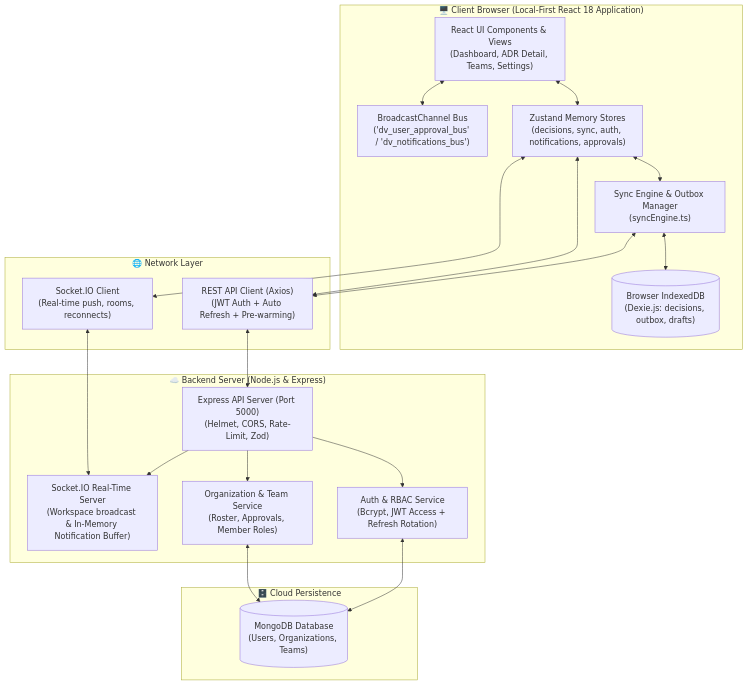
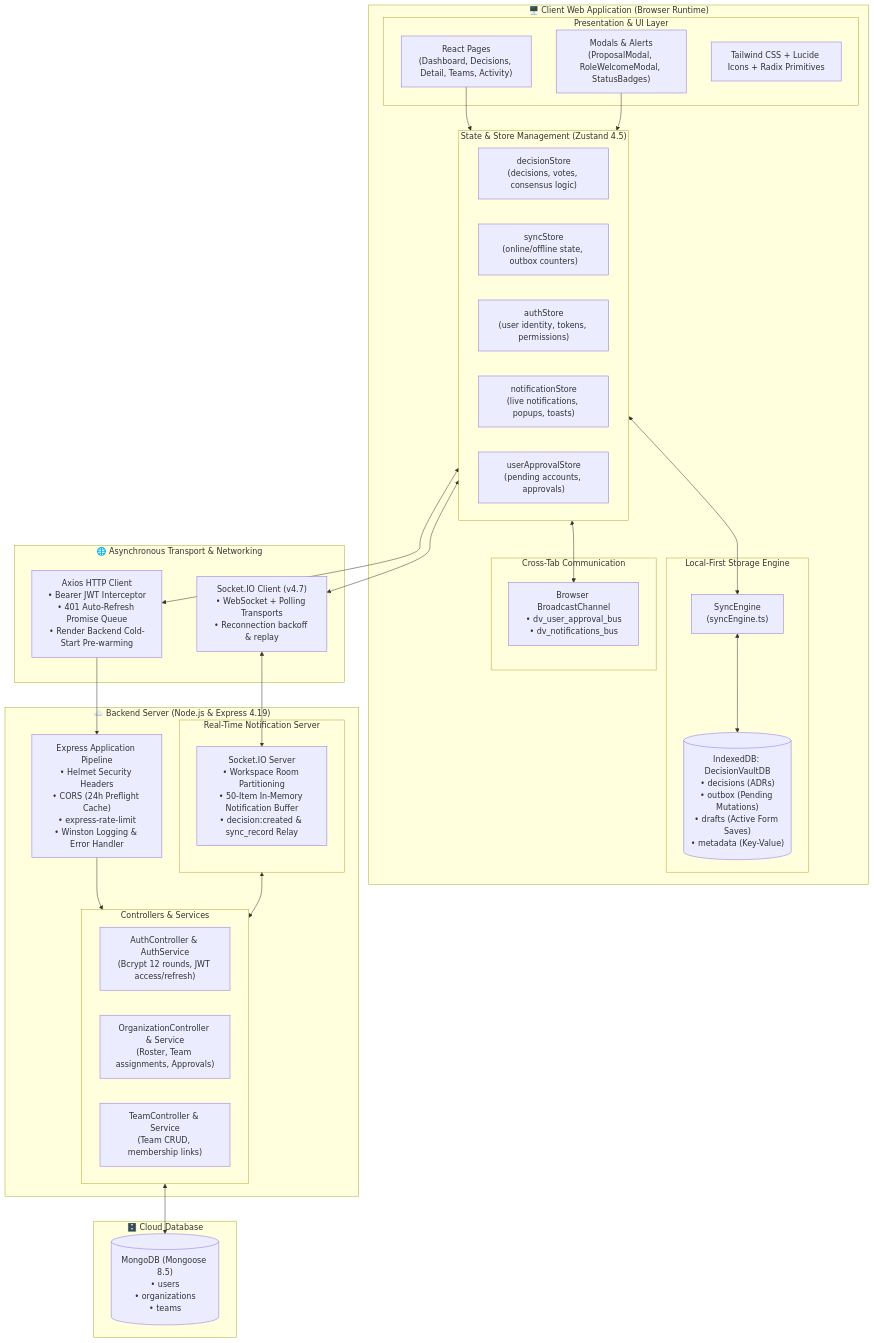
One commit to Adarsh048/DecisionVault changed the first of 2 diagrams in README.md. Above: the diagram before and after it, drawn with Mermaid. The commit also changed other lines of this file, not shown here.

Commit message:
docs: expand README with comprehensive non-tech walkthrough, complete UI feature tour, and deep architecture specs

````diff
--- a/README.md
+++ b/README.md
@@ -132,48 +239,67 @@
 ```mermaid
-flowchart TD
-    subgraph Client["🖥️ Client Browser (Local-First React 18 Application)"]
-        UI["React UI Components & Views\n(Dashboard, ADR Detail, Teams, Settings)"]
-        Zustand["Zustand Memory Stores\n(decisions, sync, auth, notifications, approvals)"]
-        SyncEngine["Sync Engine & Outbox Manager\n(syncEngine.ts)"]
-        IndexedDB[("Browser IndexedDB\n(Dexie.js: decisions, outbox, drafts)")]
-        Broadcast["BroadcastChannel Bus\n('dv_user_approval_bus' / 'dv_notifications_bus')"]
+flowchart TB
+    subgraph Browser["🖥️ Client Web Application (Browser Runtime)"]
+        subgraph Presentation["Presentation & UI Layer"]
+            Pages["React Pages\n(Dashboard, Decisions, Detail, Teams, Activity)"]
+            Modals["Modals & Alerts\n(ProposalModal, RoleWelcomeModal, StatusBadges)"]
+            ThemeEngine["Tailwind CSS + Lucide Icons + Radix Primitives"]
+        end
+
+        subgraph ClientState["State & Store Management (Zustand 4.5)"]
+            DecStore["decisionStore\n(decisions, votes, consensus logic)"]
+            SyncStore["syncStore\n(online/offline state, outbox counters)"]
+            AuthStore["authStore\n(user identity, tokens, permissions)"]
+            NotifStore["notificationStore\n(live notifications, popups, toasts)"]
+            ApprStore["userApprovalStore\n(pending accounts, approvals)"]
+        end
+
+        subgraph ClientPersistence["Local-First Storage Engine"]
+            SyncEngine["SyncEngine\n(syncEngine.ts)"]
+            DexieDB[("IndexedDB: DecisionVaultDB\n• decisions (ADRs)\n• outbox (Pending Mutations)\n• drafts (Active Form Saves)\n• metadata (Key-Value)")]
+        end
+
+        subgraph ClientBus["Cross-Tab Communication"]
+            BChannel["Browser BroadcastChannel\n• dv_user_approval_bus\n• dv_notifications_bus"]
+        end
     end
 
-    subgraph Transport["🌐 Network Layer"]
-        HTTP["REST API Client (Axios)\n(JWT Auth + Auto Refresh + Pre-warming)"]
-        SocketClient["Socket.IO Client\n(Real-time push, rooms, reconnects)"]
+    subgraph TransportLayer["🌐 Asynchronous Transport & Networking"]
+        AxiosClient["Axios HTTP Client\n• Bearer JWT Interceptor\n• 401 Auto-Refresh Promise Queue\n• Render Backend Cold-Start Pre-warming"]
+        SocketIOClient["Socket.IO Client (v4.7)\n• WebSocket + Polling Transports\n• Reconnection backoff & replay"]
     end
 
-    subgraph Server["☁️ Backend Server (Node.js & Express)"]
-        ExpressApp["Express API Server (Port 5000)\n(Helmet, CORS, Rate-Limit, Zod)"]
-        AuthModule["Auth & RBAC Service\n(Bcrypt, JWT Access + Refresh Rotation)"]
-        OrgModule["Organization & Team Service\n(Roster, Approvals, Member Roles)"]
-        SocketServer["Socket.IO Real-Time Server\n(Workspace broadcast & In-Memory Notification Buffer)"]
+    subgraph BackendServer["☁️ Backend Server (Node.js & Express 4.19)"]
+        ExpressRouter["Express Application Pipeline\n• Helmet Security Headers\n• CORS (24h Preflight Cache)\n• express-rate-limit\n• Winston Logging & Error Handler"]
+        
+        subgraph ServerControllers["Controllers & Services"]
+            AuthController["AuthController & AuthService\n(Bcrypt 12 rounds, JWT access/refresh)"]
+            OrgController["OrganizationController & Service\n(Roster, Team assignments, Approvals)"]
+            TeamController["TeamController & Service\n(Team CRUD, membership links)"]
+        end
+
+        subgraph RealtimeServer["Real-Time Notification Server"]
+            SocketIOServer["Socket.IO Server\n• Workspace Room Partitioning\n• 50-Item In-Memory Notification Buffer\n• decision:created & sync_record Relay"]
+        end
     end
 
-    subgraph Storage["🗄️ Cloud Persistence"]
-        MongoDB[("MongoDB Database\n(Users, Organizations, Teams)")]
+    subgraph CloudDatabase["🗄️ Cloud Database"]
+        MongoDB[("MongoDB (Mongoose 8.5)\n• users\n• organizations\n• teams")]
     end
 
-    %% Client internal flow
-    UI <--> Zustand
-    Zustand <--> SyncEngine
-    SyncEngine <--> IndexedDB
-    UI <--> Broadcast
+    %% Wiring
+    Pages --> ClientState
+    Modals --> ClientState
+    ClientState <--> SyncEngine
+    SyncEngine <--> DexieDB
+    ClientState <--> BChannel
 
-    %% Client to Network
-    Zustand <--> HTTP
-    SyncEngine <--> HTTP
-    Zustand <--> SocketClient
+    ClientState <--> AxiosClient
+    ClientState <--> SocketIOClient
 
-    %% Network to Server
-    HTTP <--> ExpressApp
-    SocketClient <--> SocketServer
+    AxiosClient --> ExpressRouter
+    SocketIOClient <--> SocketIOServer
 
-    %% Server internals
-    ExpressApp --> AuthModule
-    ExpressApp --> OrgModule
-    ExpressApp --> SocketServer
-    AuthModule <--> MongoDB
-    OrgModule <--> MongoDB
+    ExpressRouter --> ServerControllers
+    ServerControllers <--> MongoDB
+    RealtimeServer <--> ServerControllers
 ```
````
